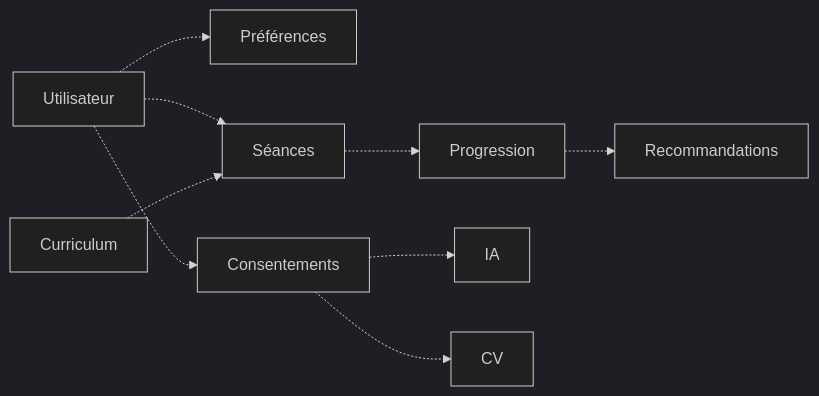
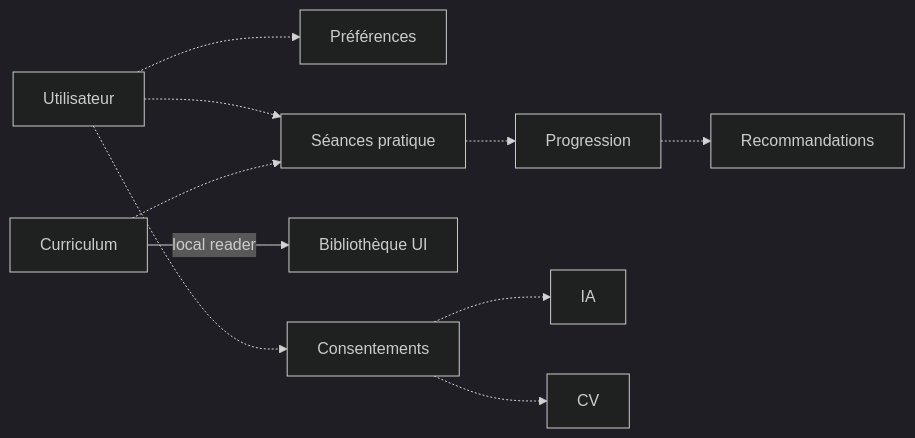
The third of 5 diagrams in docs/runtime/03_DATA_STATUS.md (JavaChrist/Tai-Chi-AI-Coach), drawn with Mermaid (dark theme) before and after one commit. The commit also changed other lines of this file and 59 other files, not shown here.

First line of the commit message:
feat(mvp): add design system and local curriculum library

````diff
--- a/docs/runtime/03_DATA_STATUS.md
+++ b/docs/runtime/03_DATA_STATUS.md
@@ -107,11 +110,12 @@
 ```mermaid
 flowchart LR
   U[Utilisateur] -.-> Pref[Préférences]
-  U -.-> Sess[Séances]
-  Curr[Curriculum] -.-> Sess
+  U -.-> Sess[Séances pratique]
+  Curr[Curriculum] -->|local reader| Lib[Bibliothèque UI]
+  Curr -.-> Sess
   Sess -.-> Prog[Progression]
   Prog -.-> Reco[Recommandations]
   U -.-> Cons[Consentements]
   Cons -.-> IA[IA]
   Cons -.-> CV[CV]
 ```
````
